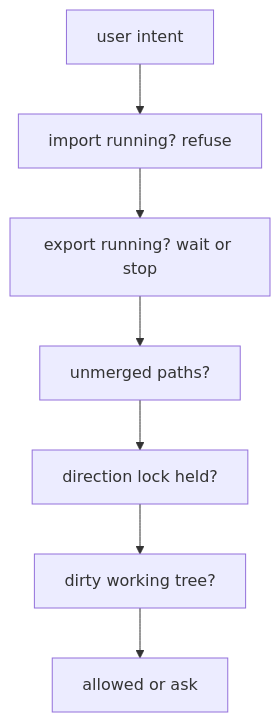
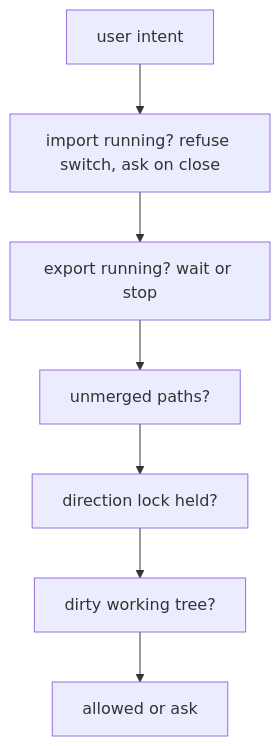
One commit to Jhonatan-fluid/Versio-VersionControlSystem changed diagram 11 of 11 in docs/dev.md. Above: the diagram before and after it, drawn with Mermaid. The commit also changed other lines of this file and 36 other files, not shown here.

````diff
--- a/docs/dev.md
+++ b/docs/dev.md
@@ -1085,9 +1087,9 @@
 ```mermaid
 flowchart TB
-  Intent[user intent] --> Unint[import running? refuse]
+  Intent[user intent] --> Unint[import running? refuse switch, ask on close]
   Unint --> Cancel[export running? wait or stop]
   Cancel --> Merge[unmerged paths?]
   Merge --> DirLock[direction lock held?]
   DirLock --> Dirty[dirty working tree?]
   Dirty --> Allow[allowed or ask]
 ```
````
